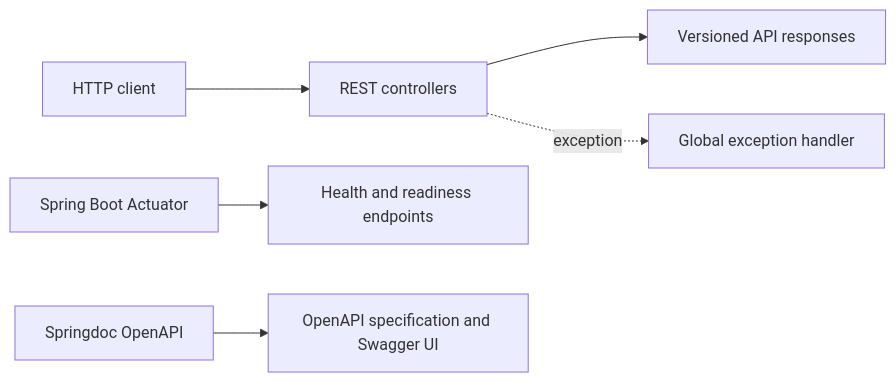
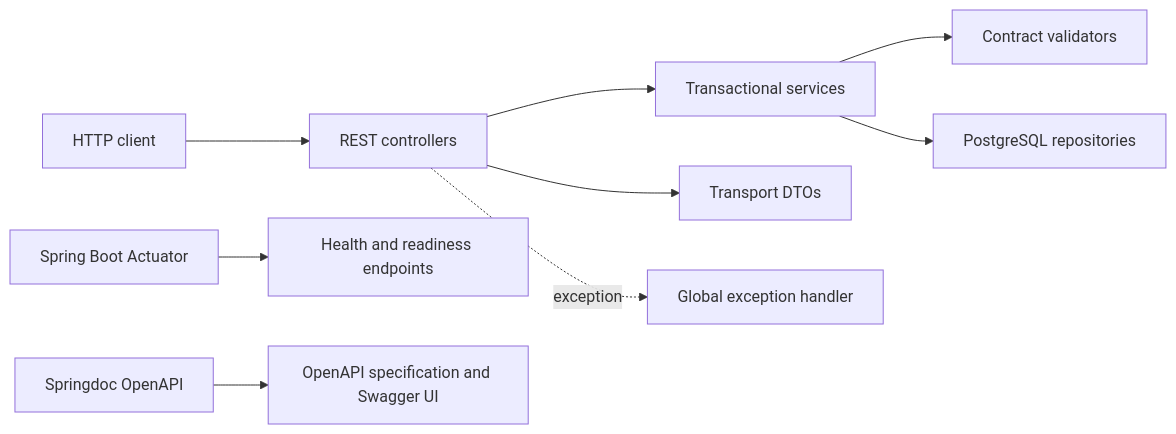
Before and after one commit to lookahead99ms/lookahead-content-api: the diagram in docs/architecture.md, drawn with Mermaid. The commit also changed other lines of this file and 147 other files, not shown here.

````diff
--- a/docs/architecture.md
+++ b/docs/architecture.md
@@ -7,8 +11,11 @@
 ```mermaid
 flowchart LR
     Client[HTTP client] --> Controller[REST controllers]
-    Controller --> Response[Versioned API responses]
+    Controller --> Service[Transactional services]
+    Service --> Validator[Contract validators]
+    Service --> Repository[PostgreSQL repositories]
+    Controller --> Response[Transport DTOs]
     Controller -. exception .-> Handler[Global exception handler]
     Actuator[Spring Boot Actuator] --> Health[Health and readiness endpoints]
     Springdoc[Springdoc OpenAPI] --> Docs[OpenAPI specification and Swagger UI]
 ```
````
